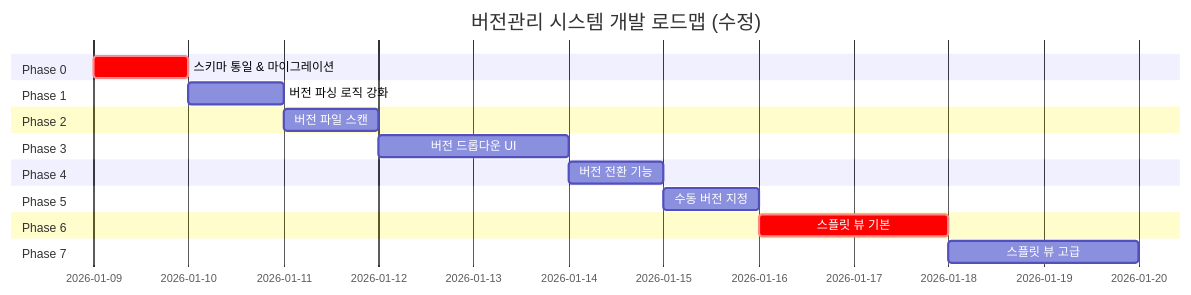
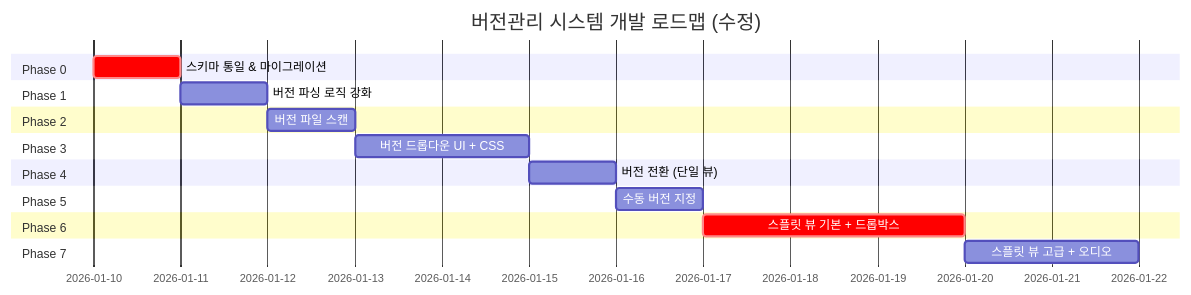
The seventh of 14 diagrams in DEVLOG/버전관리시스템-개발.md (baehandoridori/BAEFRAME), drawn with Mermaid before and after one commit. The commit also changed other lines of this file, not shown here.

````diff
--- a/DEVLOG/버전관리시스템-개발.md
+++ b/DEVLOG/버전관리시스템-개발.md
@@ -254,29 +422,29 @@
 ```mermaid
 gantt
     title 버전관리 시스템 개발 로드맵 (수정)
     dateFormat  YYYY-MM-DD
 
     section Phase 0
-    스키마 통일 & 마이그레이션   :crit, p0, 2026-01-09, 1d
+    스키마 통일 & 마이그레이션   :crit, p0, 2026-01-10, 1d
 
     section Phase 1
     버전 파싱 로직 강화          :p1, after p0, 1d
 
     section Phase 2
     버전 파일 스캔              :p2, after p1, 1d
 
     section Phase 3
-    버전 드롭다운 UI            :p3, after p2, 2d
+    버전 드롭다운 UI + CSS      :p3, after p2, 2d
 
     section Phase 4
-    버전 전환 기능              :p4, after p3, 1d
+    버전 전환 (단일 뷰)         :p4, after p3, 1d
 
     section Phase 5
     수동 버전 지정              :p5, after p4, 1d
 
     section Phase 6
-    스플릿 뷰 기본              :crit, p6, after p5, 2d
+    스플릿 뷰 기본 + 드롭박스   :crit, p6, after p5, 3d
 
     section Phase 7
-    스플릿 뷰 고급              :p7, after p6, 2d
+    스플릿 뷰 고급 + 오디오     :p7, after p6, 2d
 ```
````
